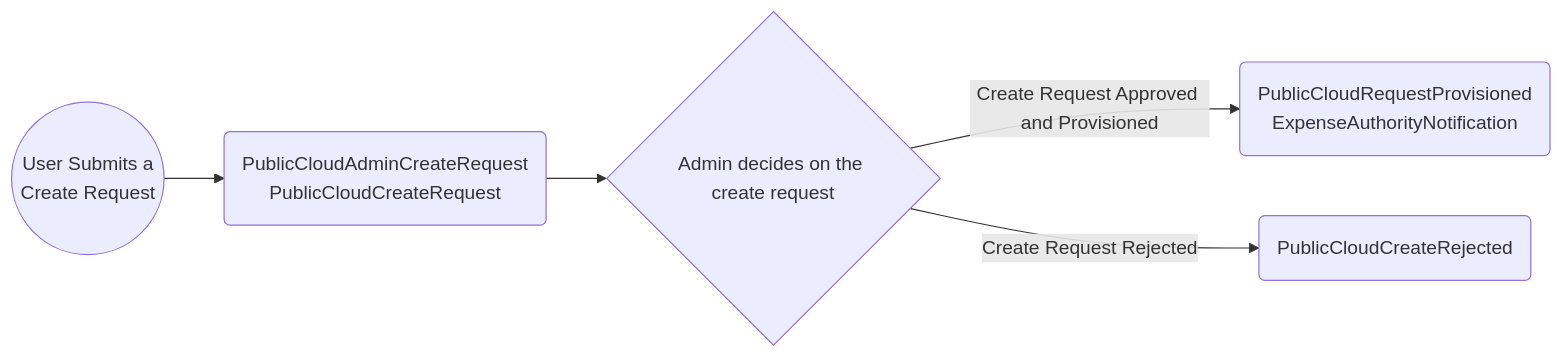
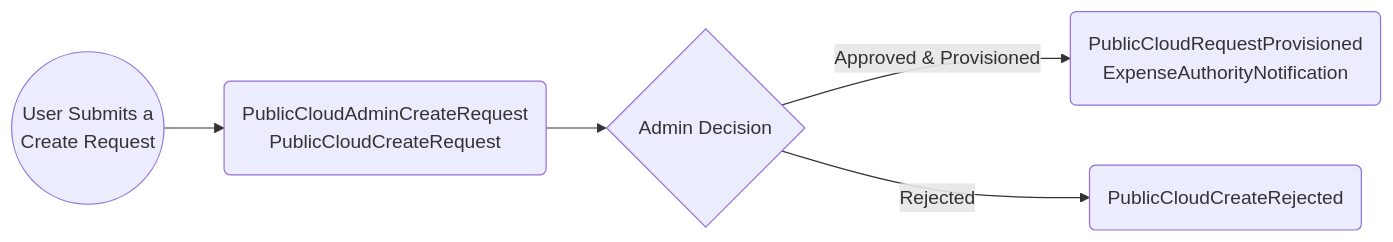
The first of 3 diagrams in docs/business-logic/public-cloud/email-scenario.md (bcgov/platform-services-registry), drawn with Mermaid before and after one commit. The commit also changed other lines of this file and 41 other files, not shown here.

````diff
--- a/docs/business-logic/public-cloud/email-scenario.md
+++ b/docs/business-logic/public-cloud/email-scenario.md
@@ -35,7 +33,7 @@
 ```mermaid
- flowchart LR
+flowchart LR
     A((User Submits a <br> Create Request)) --> B(PublicCloudAdminCreateRequest<br>PublicCloudCreateRequest)
-    B --> C{Admin decides on the create request}
-    C -->|Create Request Approved and Provisioned| D(PublicCloudRequestProvisioned<br>ExpenseAuthorityNotification)
-    C -->|Create Request Rejected| E(PublicCloudCreateRejected)
+    B --> C{Admin Decision}
+    C -->|Approved & Provisioned| D(PublicCloudRequestProvisioned<br>ExpenseAuthorityNotification)
+    C -->|Rejected| E(PublicCloudCreateRejected)
 ```
````
